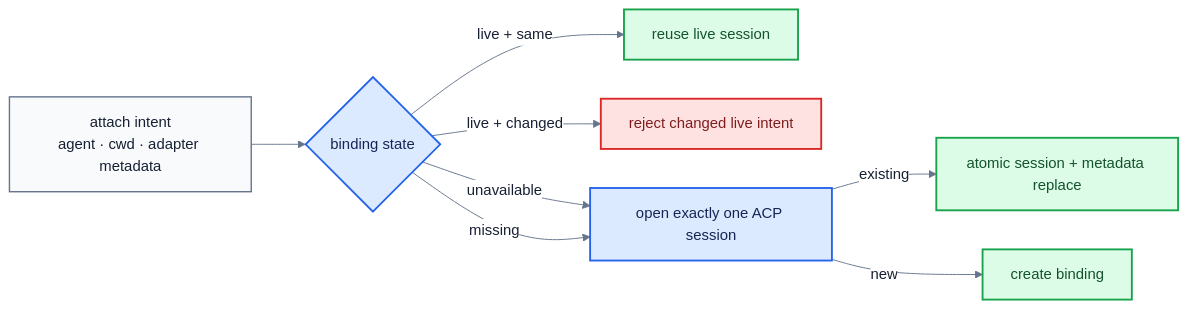
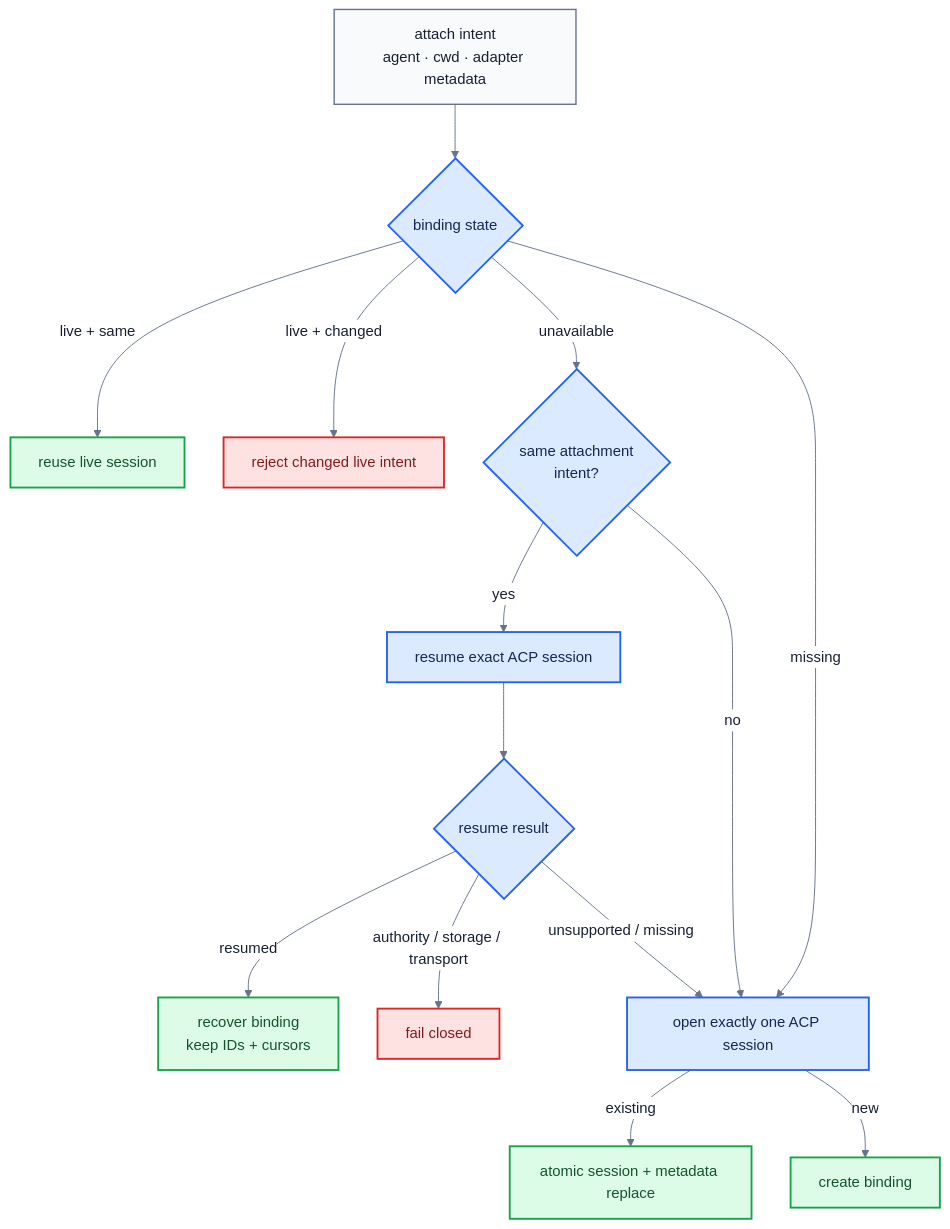
One commit to fontanierh/crab changed the diagram in v2/docs/channel-gateway-flow.mmd. Above: the diagram before and after it, drawn with Mermaid. The commit also changed 20 other files, not shown here.

Commit message:
feat(v2): resume unavailable native channels (#237)

```diff
--- a/v2/docs/channel-gateway-flow.mmd
+++ b/v2/docs/channel-gateway-flow.mmd
@@ -1,26 +1,37 @@
 %%{init: {"theme": "base", "themeVariables": {"fontFamily": "ui-sans-serif, system-ui, sans-serif", "primaryTextColor": "#172033", "lineColor": "#64748b", "edgeLabelBackground": "#ffffff"}, "flowchart": {"curve": "basis", "nodeSpacing": 42, "rankSpacing": 58}}}%%
-flowchart LR
+flowchart TB
     REQUEST["attach intent<br/>agent · cwd · adapter metadata"]
     FIND{"binding state"}
     REUSE["reuse live session"]
     CONFLICT["reject changed live intent"]
+    SAME{"same attachment<br/>intent?"}
+    RESUME["resume exact ACP session"]
+    RECOVER["recover binding<br/>keep IDs + cursors"]
+    FALLBACK{"resume result"}
+    FAIL["fail closed"]
     OPEN["open exactly one ACP session"]
     REPLACE["atomic session + metadata replace"]
     BIND["create binding"]
 
     REQUEST --> FIND
     FIND -->|"live + same"| REUSE
     FIND -->|"live + changed"| CONFLICT
-    FIND -->|"unavailable"| OPEN
+    FIND -->|"unavailable"| SAME
     FIND -->|"missing"| OPEN
+    SAME -->|"yes"| RESUME
+    SAME -->|"no"| OPEN
+    RESUME --> FALLBACK
+    FALLBACK -->|"resumed"| RECOVER
+    FALLBACK -->|"unsupported / missing"| OPEN
+    FALLBACK -->|"authority / storage / transport"| FAIL
     OPEN -->|"existing"| REPLACE
     OPEN -->|"new"| BIND
 
     classDef request fill:#f8fafc,stroke:#64748b,stroke-width:1.5px,color:#172033;
     classDef safe fill:#dcfce7,stroke:#16a34a,stroke-width:2px,color:#14532d;
     classDef runtime fill:#dbeafe,stroke:#2563eb,stroke-width:2px,color:#172554;
     classDef conflict fill:#fee2e2,stroke:#dc2626,stroke-width:2px,color:#7f1d1d;
     class REQUEST request;
-    class REUSE,REPLACE,BIND safe;
-    class FIND,OPEN runtime;
-    class CONFLICT conflict;
+    class REUSE,RECOVER,REPLACE,BIND safe;
+    class FIND,SAME,RESUME,FALLBACK,OPEN runtime;
+    class CONFLICT,FAIL conflict;
```
